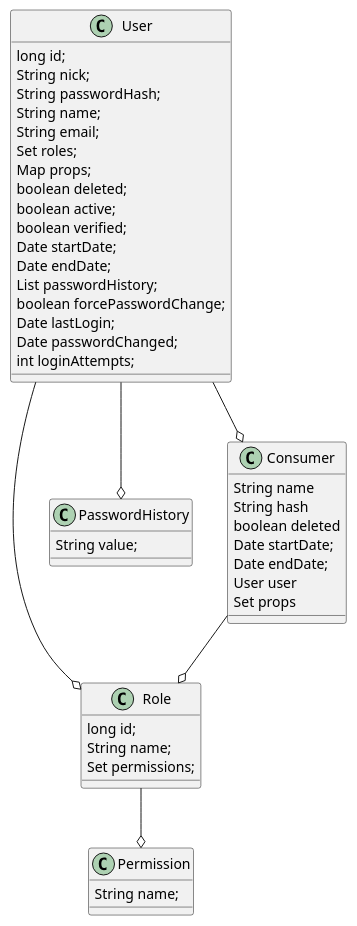
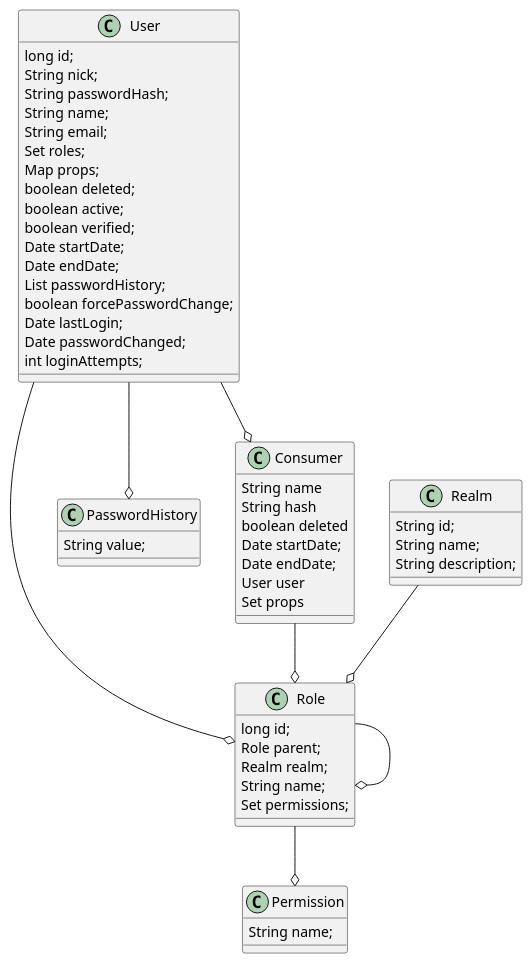
The third of 3 diagrams in doc/src/asciidoc/entities/eeuser.adoc (jpos/jPOS-EE), drawn with PlantUML before and after one commit. The commit also changed other lines of this file and 1 other file, not shown here.

Commit message:
realmRoles gone

```diff
--- a/doc/src/asciidoc/entities/eeuser.adoc
+++ b/doc/src/asciidoc/entities/eeuser.adoc
@@ -87,55 +71,65 @@
 [plantuml, user-entity, svg, width="90%"]
 ----
 @startuml
 class User {
   long id;
   String nick;
   String passwordHash;
   String name;
   String email;
   Set roles;
   Map props;
   boolean deleted;
   boolean active;
   boolean verified;
   Date startDate;
   Date endDate;
   List passwordHistory;
   boolean forcePasswordChange;
   Date lastLogin;
   Date passwordChanged;
   int loginAttempts;
 }
 
+class Realm {
+  String id;
+  String name;
+  String description;
+}
+
 class Role {
   long id;
+  Role parent;
+  Realm realm;
   String name;
   Set permissions;
 }
 
 class Permission {
   String name;
 }
 
 class PasswordHistory {
   String value;
 }
 
 class Consumer {
   String name
   String hash
   boolean deleted
   Date startDate;
   Date endDate;
   User user
   Set props
 }
 
-User --o Role
-Role --o Permission
-User --o PasswordHistory
-User --o Consumer
+Realm    --o Role
+User     --o Role
+Role     --o Role
+Role     --o Permission
+User     --o PasswordHistory
+User     --o Consumer
 Consumer --o Role
 
 @enduml
 ----
```
